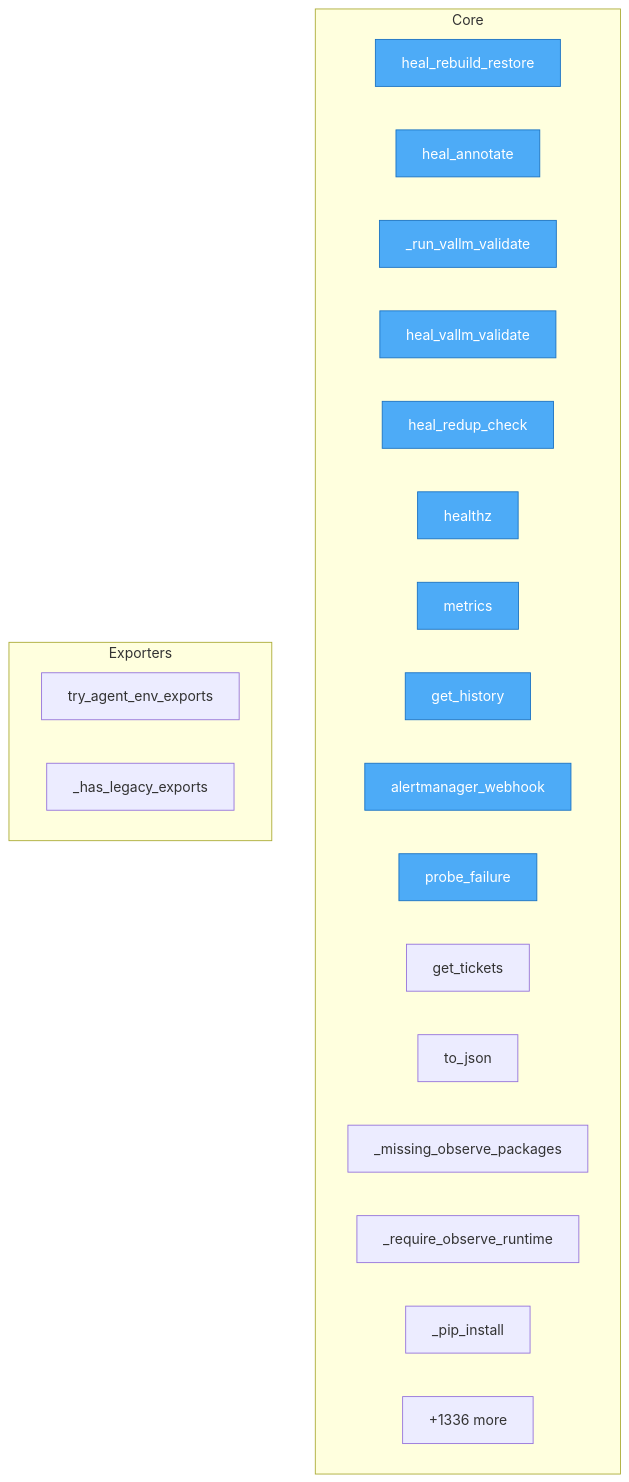
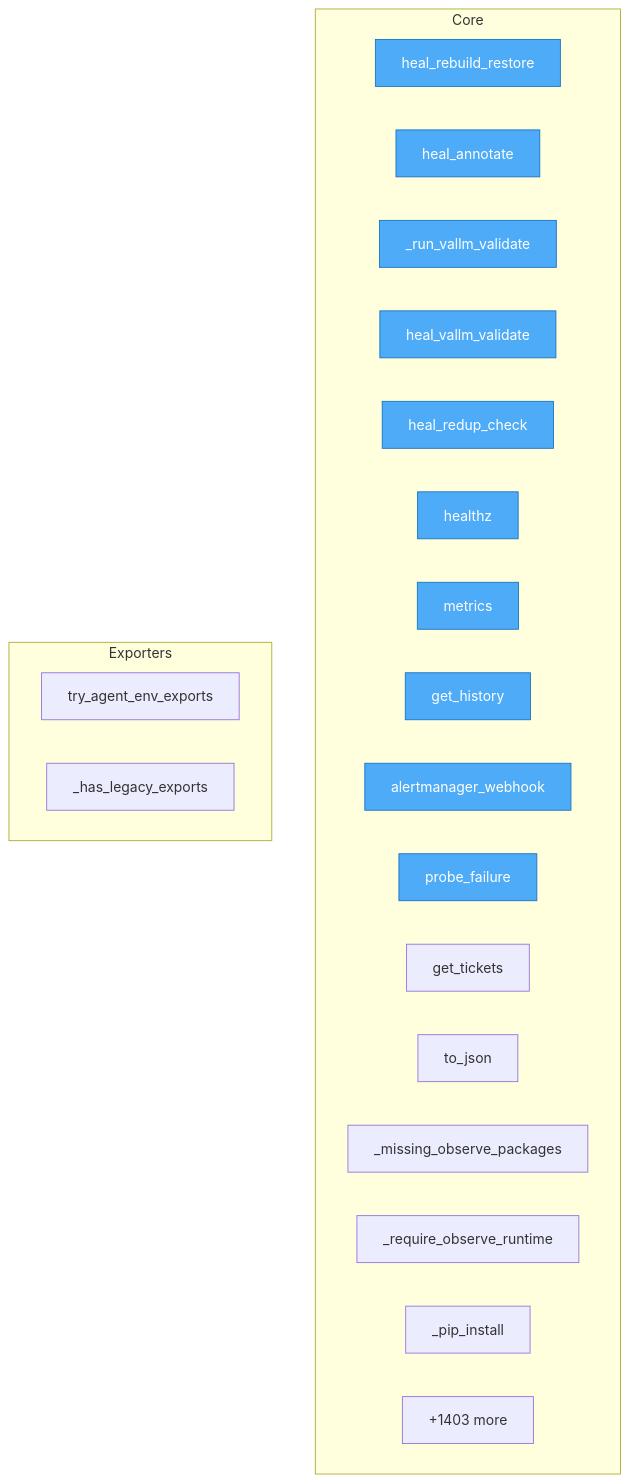
The diagram in project/flow.mmd (semcod/koru), drawn with Mermaid before and after one commit. The commit also changed 102 other files, not shown here.

```diff
--- a/project/flow.mmd
+++ b/project/flow.mmd
@@ -1,31 +1,31 @@
 flowchart TD
-%% generated in 0.10s
+%% generated in 0.11s
 
     %% Entry points (blue)
     classDef entry fill:#4dabf7,stroke:#1971c2,color:#fff
 
     subgraph Core
         services__healing_webhook__app__heal_rebuild_restore["heal_rebuild_restore"]
         services__healing_webhook__app__heal_annotate["heal_annotate"]
         services__healing_webhook__app___run_vallm_validate["_run_vallm_validate"]
         services__healing_webhook__app__heal_vallm_validate["heal_vallm_validate"]
         services__healing_webhook__app__heal_redup_check["heal_redup_check"]
         services__healing_webhook__app__healthz["healthz"]
         services__healing_webhook__app__metrics["metrics"]
         services__healing_webhook__app__get_history["get_history"]
         services__healing_webhook__app__alertmanager_webhook["alertmanager_webhook"]
         services__healing_webhook__app__probe_failure["probe_failure"]
         services__healing_webhook__app__get_tickets["get_tickets"]
         src__koruobserve__lifecycle__ObserveProcesses__to_json["to_json"]
         src__koruobserve__cli___missing_observe_packages["_missing_observe_packages"]
         src__koruobserve__cli___require_observe_runtime["_require_observe_runtime"]
         src__koruobserve__cli___pip_install["_pip_install"]
-        ...["+1336 more"]
+        ...["+1403 more"]
     end
 
     subgraph Exporters
         src__koru__agent_cli_helpers__try_agent_env_exports["try_agent_env_exports"]
         src__koru__cli___has_legacy_exports["_has_legacy_exports"]
     end
 
     class services__healing_webhook__app__heal_rebuild_restore,services__healing_webhook__app__heal_annotate,services__healing_webhook__app___run_vallm_validate,services__healing_webhook__app__heal_vallm_validate,services__healing_webhook__app__heal_redup_check,services__healing_webhook__app__healthz,services__healing_webhook__app__metrics,services__healing_webhook__app__get_history,services__healing_webhook__app__alertmanager_webhook,services__healing_webhook__app__probe_failure entry
```
